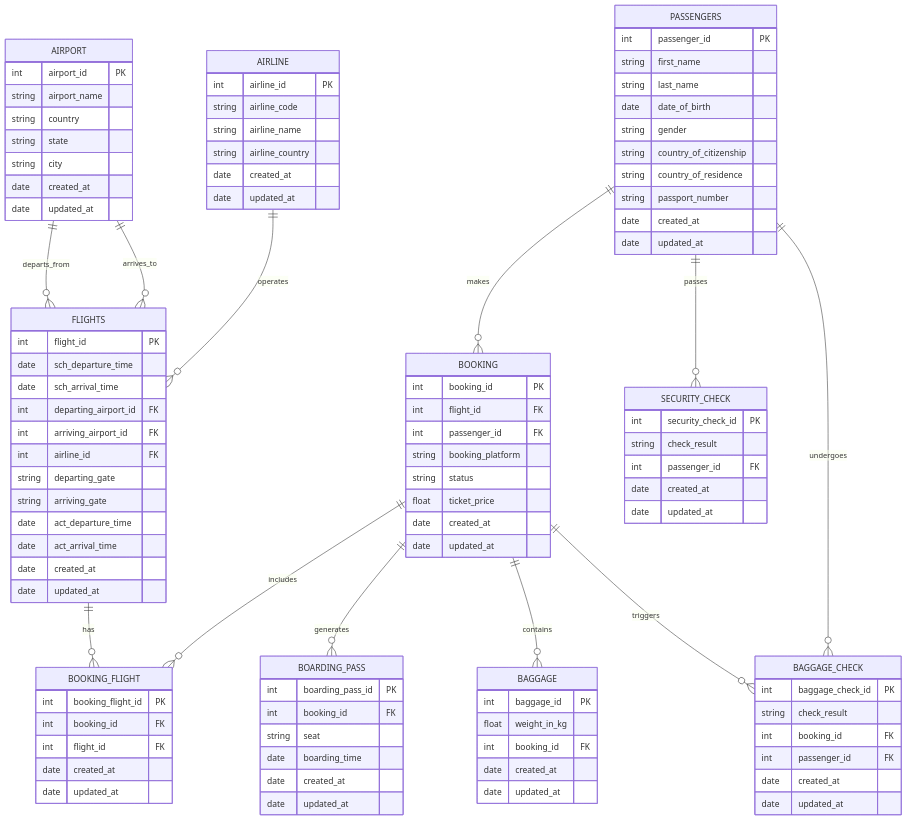
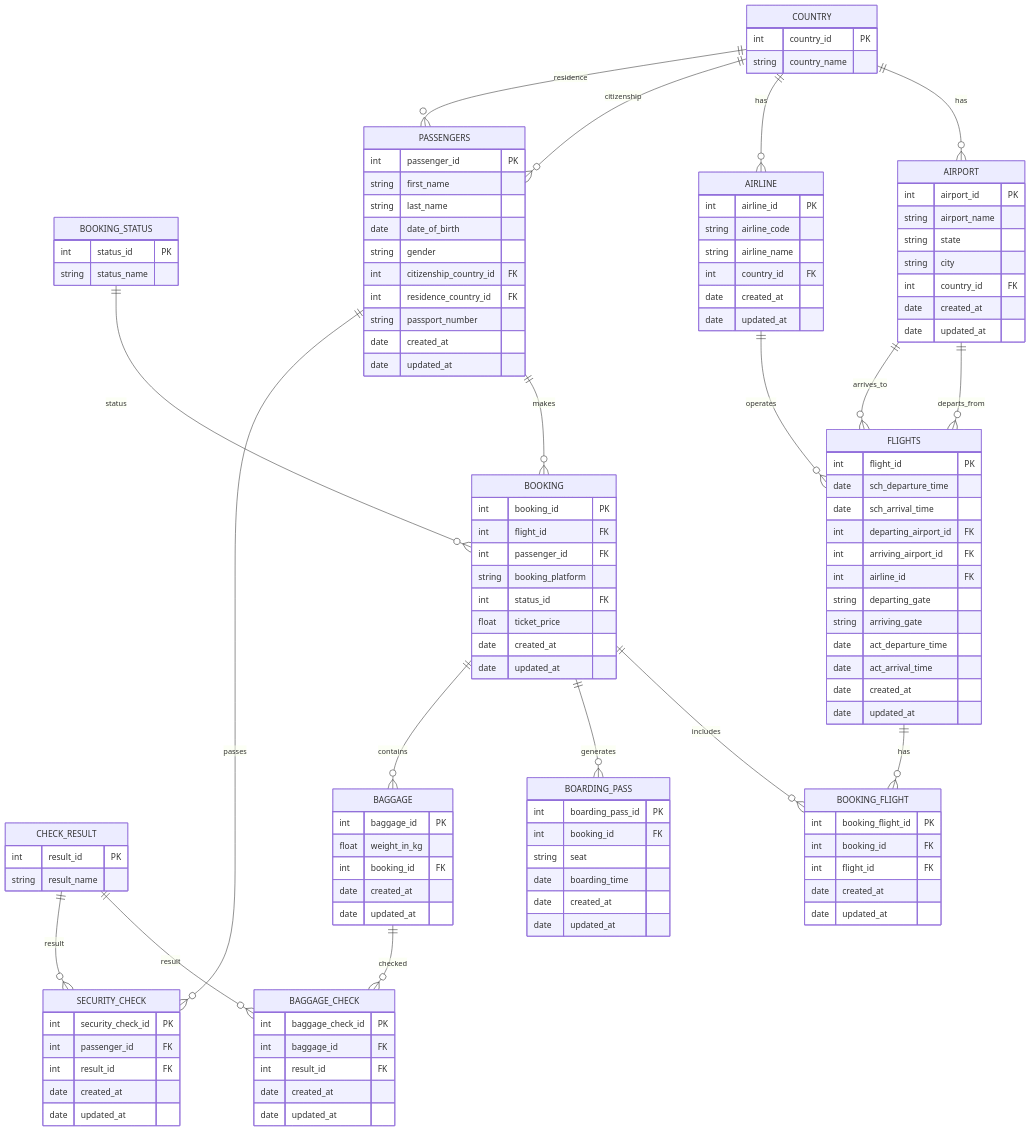
The diagram in README.md (frozzeh/ER-diagram), drawn with Mermaid before and after one commit.

Commit message:
ER-diagram.md

````diff
--- a/README.md
+++ b/README.md
@@ -1,11 +1,26 @@
 ```mermaid
 erDiagram
+    COUNTRY {
+        int country_id PK
+        string country_name
+    }
+
+    BOOKING_STATUS {
+        int status_id PK
+        string status_name
+    }
+
+    CHECK_RESULT {
+        int result_id PK
+        string result_name
+    }
+
     AIRPORT {
         int airport_id PK
         string airport_name
-        string country
         string state
         string city
+        int country_id FK
         date created_at
         date updated_at
     }
@@ -14,7 +29,7 @@
         int airline_id PK
         string airline_code
         string airline_name
-        string airline_country
+        int country_id FK
         date created_at
         date updated_at
     }
@@ -40,8 +55,8 @@
         string last_name
         date date_of_birth
         string gender
-        string country_of_citizenship
-        string country_of_residence
+        int citizenship_country_id FK
+        int residence_country_id FK
         string passport_number
         date created_at
         date updated_at
@@ -52,7 +67,7 @@
         int flight_id FK
         int passenger_id FK
         string booking_platform
-        string status
+        int status_id FK
         float ticket_price
         date created_at
         date updated_at
@@ -85,20 +100,24 @@
 
     BAGGAGE_CHECK {
         int baggage_check_id PK
-        string check_result
-        int booking_id FK
-        int passenger_id FK
+        int baggage_id FK
+        int result_id FK
         date created_at
         date updated_at
     }
 
     SECURITY_CHECK {
         int security_check_id PK
-        string check_result
         int passenger_id FK
+        int result_id FK
         date created_at
         date updated_at
     }
+
+    COUNTRY ||--o{ AIRPORT : has
+    COUNTRY ||--o{ AIRLINE : has
+    COUNTRY ||--o{ PASSENGERS : citizenship
+    COUNTRY ||--o{ PASSENGERS : residence
 
     AIRPORT ||--o{ FLIGHTS : departs_from
     AIRPORT ||--o{ FLIGHTS : arrives_to
@@ -108,9 +127,12 @@
     BOOKING ||--o{ BOOKING_FLIGHT : includes
     BOOKING ||--o{ BOARDING_PASS : generates
     BOOKING ||--o{ BAGGAGE : contains
-    BOOKING ||--o{ BAGGAGE_CHECK : triggers
+    BAGGAGE ||--o{ BAGGAGE_CHECK : checked
 
     PASSENGERS ||--o{ BOOKING : makes
-    PASSENGERS ||--o{ BAGGAGE_CHECK : undergoes
     PASSENGERS ||--o{ SECURITY_CHECK : passes
+
+    BOOKING_STATUS ||--o{ BOOKING : status
+    CHECK_RESULT ||--o{ BAGGAGE_CHECK : result
+    CHECK_RESULT ||--o{ SECURITY_CHECK : result
 ```
````
